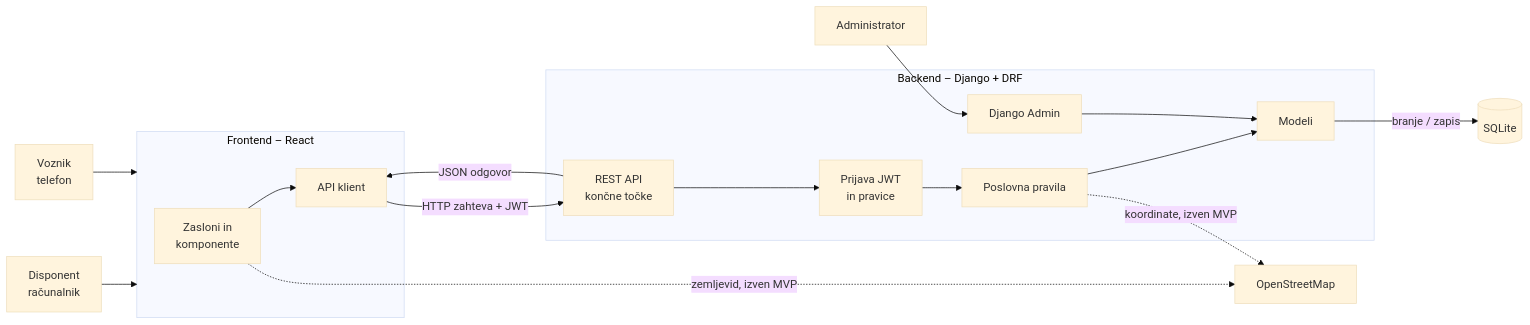
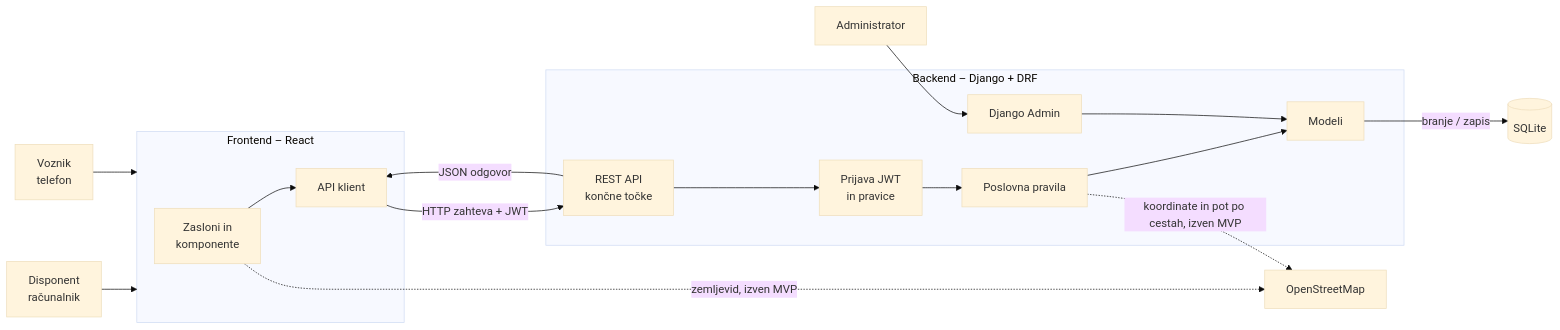
Before and after one commit to n-varoscic/TuraPlan: the diagram in docs/04-arhitektura-in-tehnoloski-sklad.md, drawn with Mermaid (base theme). The commit also changed other lines of this file and 9 other files, not shown here.

````diff
--- a/docs/04-arhitektura-in-tehnoloski-sklad.md
+++ b/docs/04-arhitektura-in-tehnoloski-sklad.md
@@ -63,26 +63,26 @@
 ```mermaid
 flowchart LR
     P[Disponent<br/>računalnik] --> FE
     V[Voznik<br/>telefon] --> FE
     A[Administrator] --> ADM
 
     subgraph FE[Frontend – React]
         UI[Zasloni in<br/>komponente] --> KL[API klient]
     end
 
     subgraph BE[Backend – Django + DRF]
         API[REST API<br/>končne točke] --> PRAV[Prijava JWT<br/>in pravice]
         PRAV --> SRV[Poslovna pravila]
         SRV --> MOD[Modeli]
         ADM[Django Admin] --> MOD
     end
 
     DB[(SQLite)]
     OSM[OpenStreetMap]
 
     KL -- "HTTP zahteva + JWT" --> API
     API -- "JSON odgovor" --> KL
     MOD -- "branje / zapis" --> DB
     UI -. "zemljevid, izven MVP" .-> OSM
-    SRV -. "koordinate, izven MVP" .-> OSM
+    SRV -. "koordinate in pot po cestah, izven MVP" .-> OSM
 ```
````
